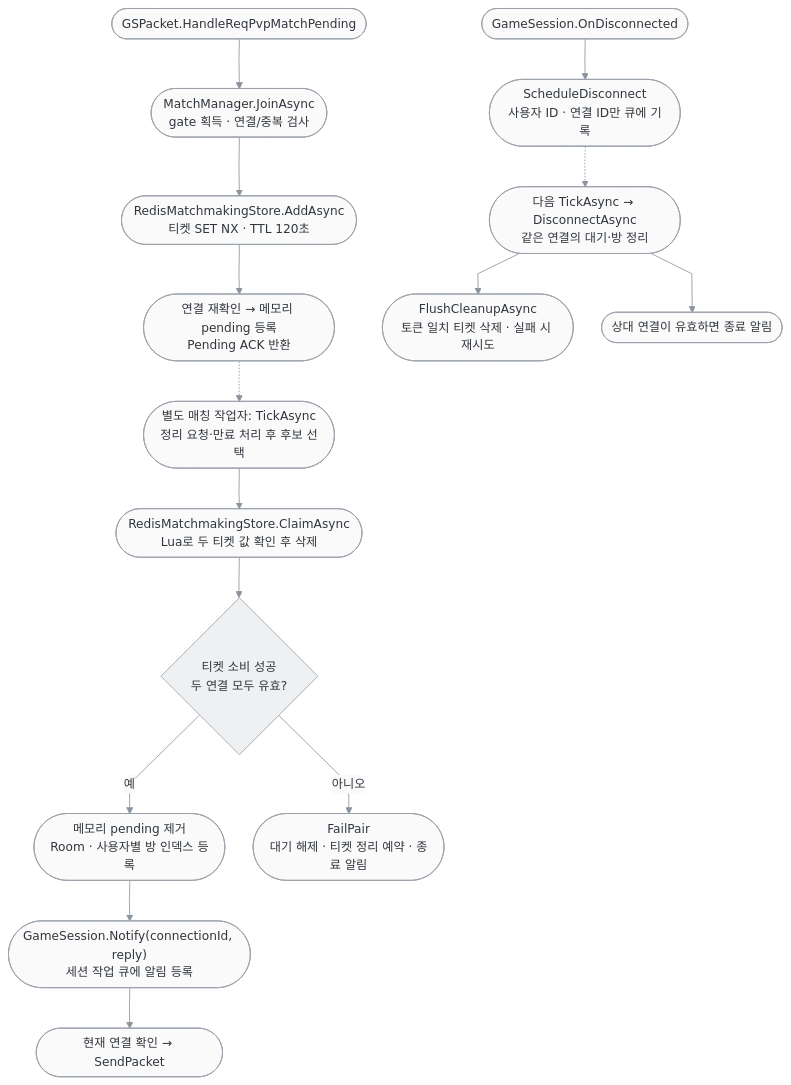
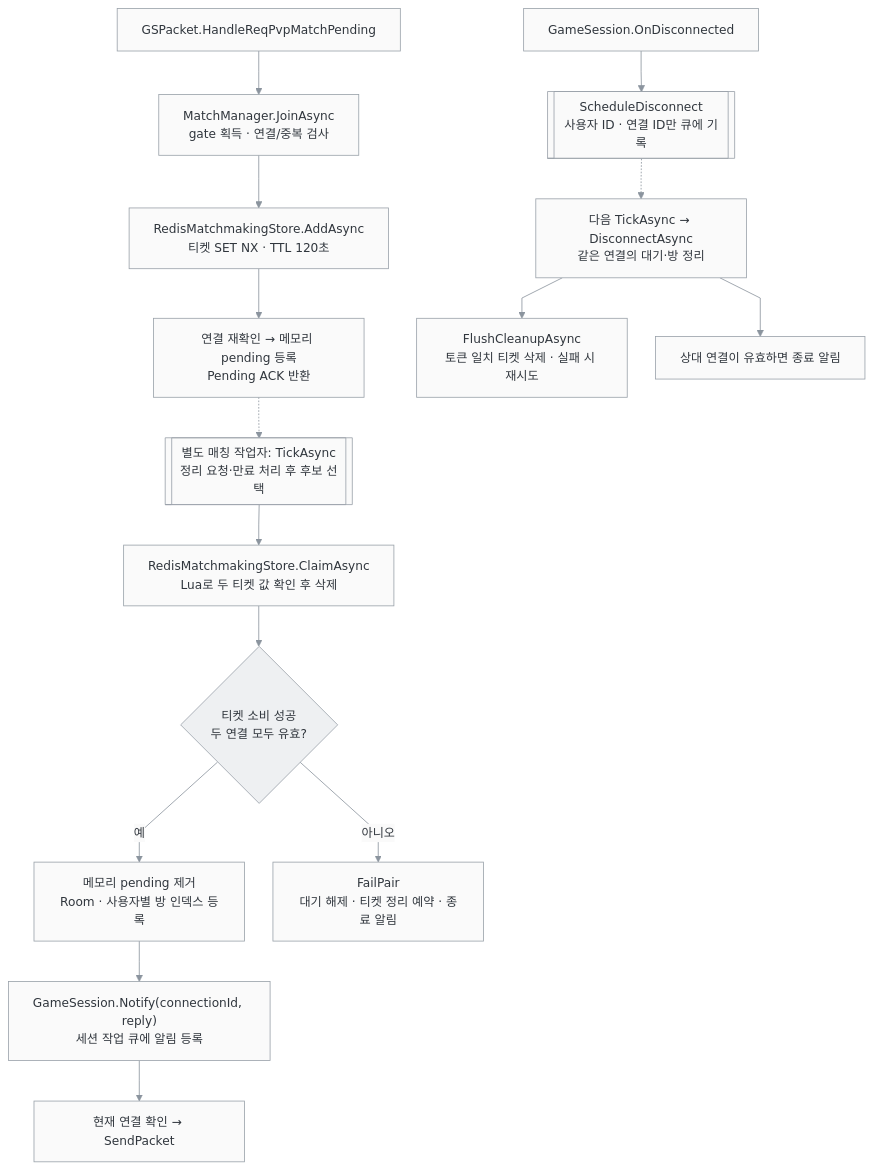
The fifth of 7 diagrams in docs/SERVER_ARCHITECTURE.md (GodDongjin/CSharpServer_Portfolio), drawn with Mermaid before and after one commit. The commit also changed other lines of this file, not shown here.

Commit message:
docs: align architecture diagrams with actual call order and lifecycle

````diff
--- a/docs/SERVER_ARCHITECTURE.md
+++ b/docs/SERVER_ARCHITECTURE.md
@@ -162,30 +163,30 @@
 ```mermaid
 %%{init: {"theme": "base", "themeVariables": {"fontFamily": "Segoe UI, Malgun Gothic, sans-serif", "fontSize": "15px", "primaryColor": "#fafafa", "primaryTextColor": "#30363d", "primaryBorderColor": "#8b949e", "lineColor": "#8b949e", "secondaryColor": "#f2f3f4", "tertiaryColor": "#fafafa", "textColor": "#30363d", "actorBkg": "#f6f7f8", "actorBorder": "#8b949e", "actorTextColor": "#30363d", "signalColor": "#8b949e", "signalTextColor": "#30363d", "noteBkgColor": "#f6f7f8", "noteTextColor": "#30363d", "noteBorderColor": "#8b949e", "labelBoxBkgColor": "#f6f7f8", "labelTextColor": "#30363d", "clusterBkg": "#f6f7f8", "clusterBorder": "#c5cbd1", "edgeLabelBackground": "#fafafa", "activationBkgColor": "#e6e8eb", "activationBorderColor": "#8b949e", "sequenceNumberColor": "#ffffff"}, "flowchart": {"curve": "linear", "nodeSpacing": 35, "rankSpacing": 50}, "sequence": {"mirrorActors": false, "actorMargin": 35, "messageMargin": 30}}}%%
 flowchart TD
-    J(["GSPacket.HandleReqPvpMatchPending"]) --> M(["MatchManager.JoinAsync<br/>gate 획득 · 연결/중복 검사"])
-    M --> R(["RedisMatchmakingStore.AddAsync<br/>티켓 SET NX · TTL 120초"])
-    R --> P(["연결 재확인 → 메모리 pending 등록<br/>Pending ACK 반환"])
-    P -.-> T(["별도 매칭 작업자: TickAsync<br/>정리 요청·만료 처리 후 후보 선택"])
-    T --> C(["RedisMatchmakingStore.ClaimAsync<br/>Lua로 두 티켓 값 확인 후 삭제"])
+    J["GSPacket.HandleReqPvpMatchPending"] --> M["MatchManager.JoinAsync<br/>gate 획득 · 연결/중복 검사"]
+    M --> R["RedisMatchmakingStore.AddAsync<br/>티켓 SET NX · TTL 120초"]
+    R --> P["연결 재확인 → 메모리 pending 등록<br/>Pending ACK 반환"]
+    P -.-> T[["별도 매칭 작업자: TickAsync<br/>정리 요청·만료 처리 후 후보 선택"]]
+    T --> C["RedisMatchmakingStore.ClaimAsync<br/>Lua로 두 티켓 값 확인 후 삭제"]
     C --> OK{"티켓 소비 성공<br/>두 연결 모두 유효?"}
-    OK -->|예| Room(["메모리 pending 제거<br/>Room · 사용자별 방 인덱스 등록"])
-    Room --> N(["GameSession.Notify(connectionId, reply)<br/>세션 작업 큐에 알림 등록"])
-    N --> S(["현재 연결 확인 → SendPacket"])
-    OK -->|아니오| Fail(["FailPair<br/>대기 해제 · 티켓 정리 예약 · 종료 알림"])
-    D(["GameSession.OnDisconnected"]) --> Schedule(["ScheduleDisconnect<br/>사용자 ID · 연결 ID만 큐에 기록"])
-    Schedule -.-> Next(["다음 TickAsync → DisconnectAsync<br/>같은 연결의 대기·방 정리"])
-    Next --> Cleanup(["FlushCleanupAsync<br/>토큰 일치 티켓 삭제 · 실패 시 재시도"])
-    Next --> Notify(["상대 연결이 유효하면 종료 알림"])
+    OK -->|예| Room["메모리 pending 제거<br/>Room · 사용자별 방 인덱스 등록"]
+    Room --> N["GameSession.Notify(connectionId, reply)<br/>세션 작업 큐에 알림 등록"]
+    N --> S["현재 연결 확인 → SendPacket"]
+    OK -->|아니오| Fail["FailPair<br/>대기 해제 · 티켓 정리 예약 · 종료 알림"]
+    D["GameSession.OnDisconnected"] --> Schedule[["ScheduleDisconnect<br/>사용자 ID · 연결 ID만 큐에 기록"]]
+    Schedule -.-> Next["다음 TickAsync → DisconnectAsync<br/>같은 연결의 대기·방 정리"]
+    Next --> Cleanup["FlushCleanupAsync<br/>토큰 일치 티켓 삭제 · 실패 시 재시도"]
+    Next --> Notify["상대 연결이 유효하면 종료 알림"]
     classDef network fill:#fafafa,stroke:#9aa2aa,color:#30363d,stroke-width:1px
     classDef game fill:#fafafa,stroke:#9aa2aa,color:#30363d,stroke-width:1px
     classDef storage fill:#fafafa,stroke:#9aa2aa,color:#30363d,stroke-width:1px
     classDef queue fill:#fafafa,stroke:#9aa2aa,color:#30363d,stroke-width:1px
     classDef decision fill:#eef0f2,stroke:#9aa2aa,color:#30363d,stroke-width:1px
     classDef error fill:#fafafa,stroke:#9aa2aa,color:#30363d,stroke-width:1px
     classDef terminal fill:#eef0f2,stroke:#9aa2aa,color:#30363d,stroke-width:1px
     class J,M,P,Room,N,S,D,Notify game
     class R,C,Cleanup storage
     class T,Schedule,Next queue
     class OK decision
     class Fail error
 ```
````
